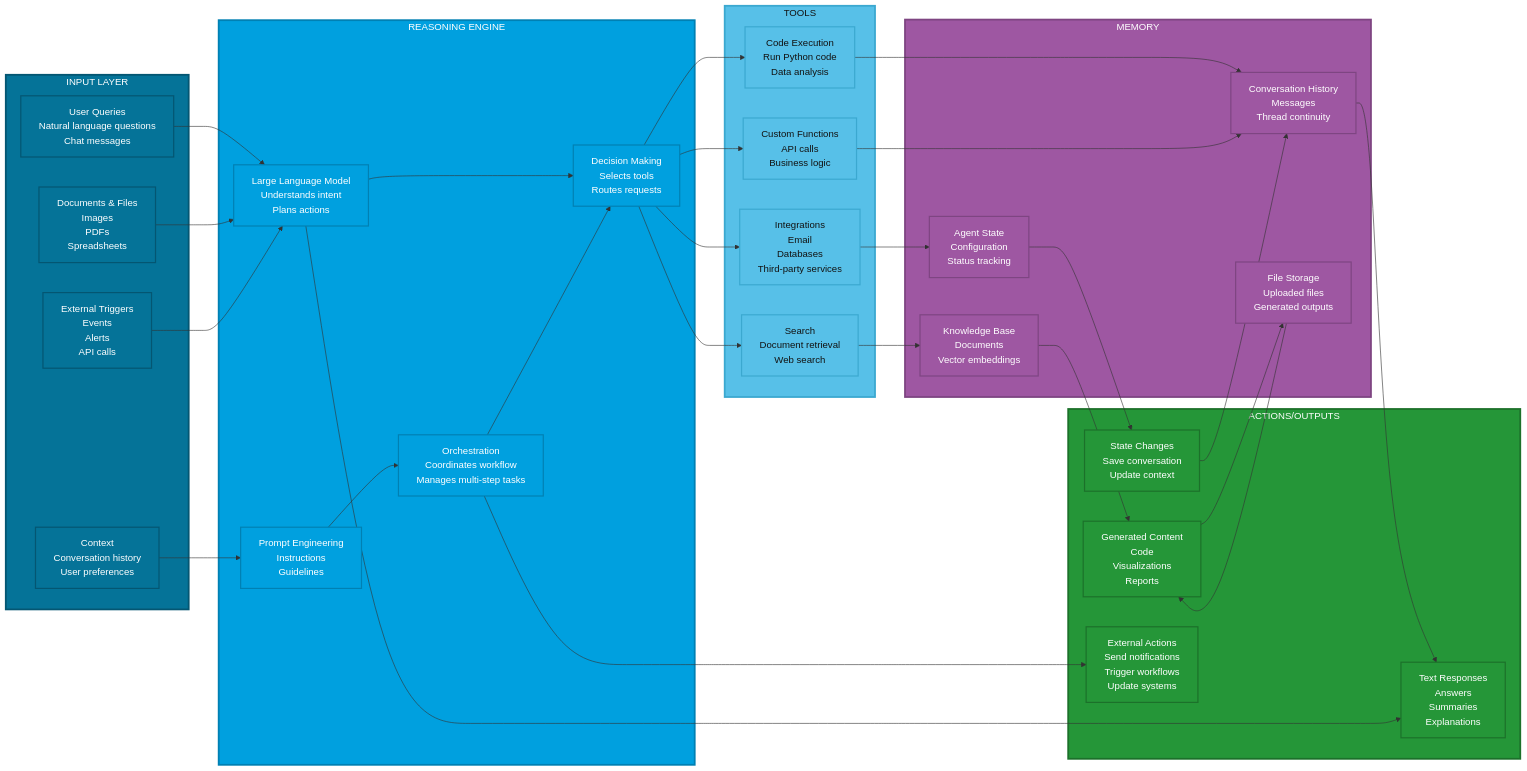
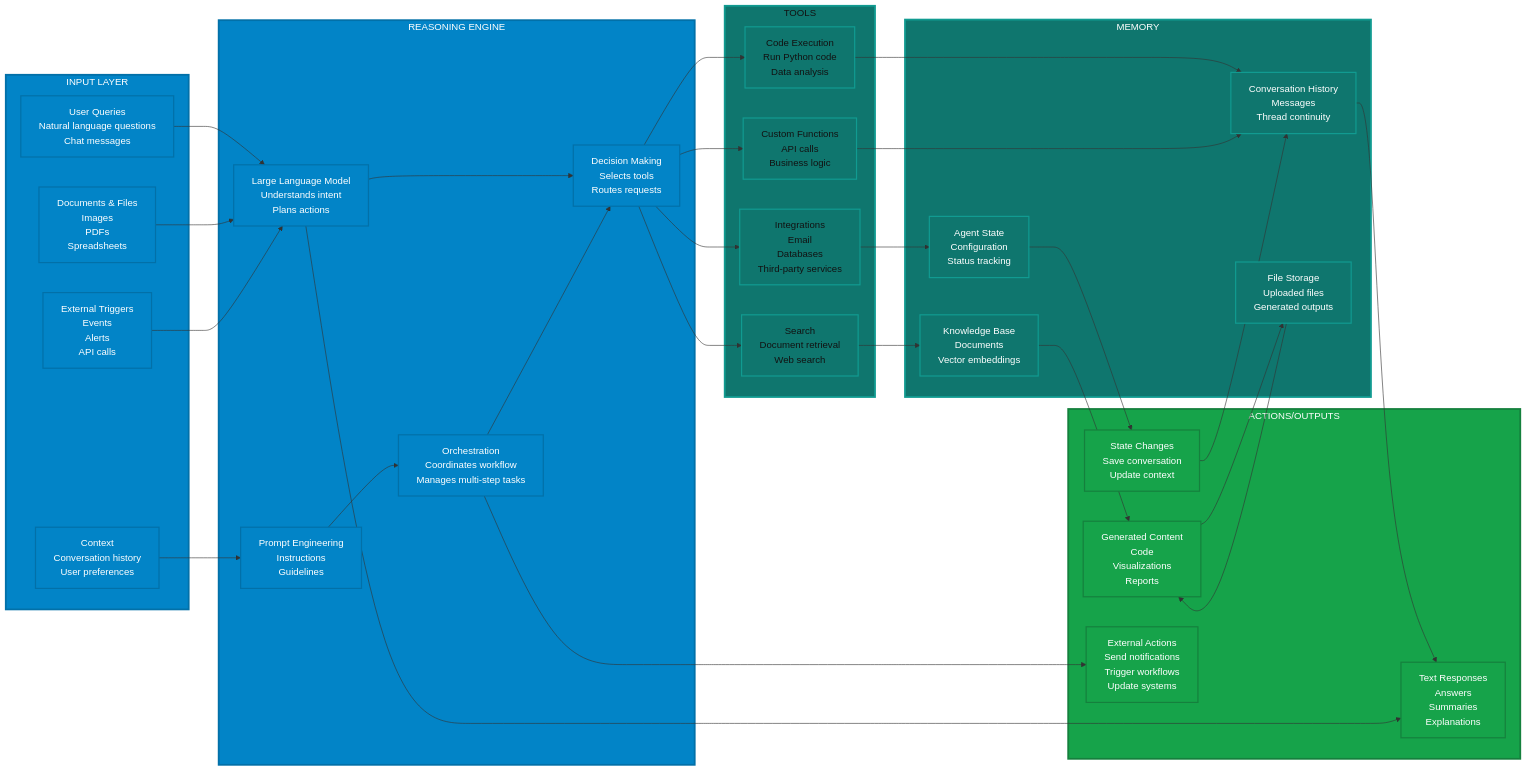
The second of 5 diagrams in docs/concepts/ai-agents.md (nitin27may/ai-resources), drawn with Mermaid before and after one commit. The commit also changed other lines of this file and 43 other files, not shown here.

````diff
--- a/docs/concepts/ai-agents.md
+++ b/docs/concepts/ai-agents.md
@@ -61,7 +61,7 @@
 ```mermaid
 graph LR
     subgraph INPUT["INPUT LAYER"]
-        style INPUT fill:#057398,stroke:#045672,stroke-width:3px,color:#fff
+        style INPUT fill:#0284c7,stroke:#0270a8,stroke-width:3px,color:#fff
         I1["User Queries<br/>Natural language questions<br/>Chat messages"]
         I2["Documents & Files<br/>Images<br/>PDFs<br/>Spreadsheets"]
         I3["External Triggers<br/>Events<br/>Alerts<br/>API calls"]
@@ -69,7 +69,7 @@
     end
 
     subgraph REASONING["REASONING ENGINE"]
-        style REASONING fill:#00A0DF,stroke:#0080B3,stroke-width:3px,color:#fff
+        style REASONING fill:#0284c7,stroke:#0270a8,stroke-width:3px,color:#fff
         R1["Large Language Model<br/>Understands intent<br/>Plans actions"]
         R2["Prompt Engineering<br/>Instructions<br/>Guidelines"]
         R3["Orchestration<br/>Coordinates workflow<br/>Manages multi-step tasks"]
@@ -77,7 +77,7 @@
     end
 
     subgraph TOOLS["TOOLS"]
-        style TOOLS fill:#57C0E8,stroke:#3BA8D0,stroke-width:3px,color:#121212
+        style TOOLS fill:#0f766e,stroke:#119b91,stroke-width:3px,color:#121212
         T1["Code Execution<br/>Run Python code<br/>Data analysis"]
         T2["Search<br/>Document retrieval<br/>Web search"]
         T3["Custom Functions<br/>API calls<br/>Business logic"]
@@ -85,7 +85,7 @@
     end
 
     subgraph MEMORY["MEMORY"]
-        style MEMORY fill:#9E57A2,stroke:#7E4582,stroke-width:3px,color:#fff
+        style MEMORY fill:#0f766e,stroke:#119b91,stroke-width:3px,color:#fff
         M1["Conversation History<br/>Messages<br/>Thread continuity"]
         M2["Agent State<br/>Configuration<br/>Status tracking"]
         M3["Knowledge Base<br/>Documents<br/>Vector embeddings"]
@@ -93,7 +93,7 @@
     end
 
     subgraph ACTIONS["ACTIONS/OUTPUTS"]
-        style ACTIONS fill:#259638,stroke:#1C712A,stroke-width:3px,color:#fff
+        style ACTIONS fill:#16a34a,stroke:#15803d,stroke-width:3px,color:#fff
         A1["Text Responses<br/>Answers<br/>Summaries<br/>Explanations"]
         A2["Generated Content<br/>Code<br/>Visualizations<br/>Reports"]
         A3["State Changes<br/>Save conversation<br/>Update context"]
@@ -132,11 +132,11 @@
     A2 --> M4
 
     %% Styling
-    classDef inputStyle fill:#057398,stroke:#045672,stroke-width:2px,color:#fff
-    classDef reasoningStyle fill:#00A0DF,stroke:#0080B3,stroke-width:2px,color:#fff
-    classDef toolStyle fill:#57C0E8,stroke:#3BA8D0,stroke-width:2px,color:#121212
-    classDef memoryStyle fill:#9E57A2,stroke:#7E4582,stroke-width:2px,color:#fff
-    classDef actionStyle fill:#259638,stroke:#1C712A,stroke-width:2px,color:#fff
+    classDef inputStyle fill:#0284c7,stroke:#0270a8,stroke-width:2px,color:#fff
+    classDef reasoningStyle fill:#0284c7,stroke:#0270a8,stroke-width:2px,color:#fff
+    classDef toolStyle fill:#0f766e,stroke:#119b91,stroke-width:2px,color:#121212
+    classDef memoryStyle fill:#0f766e,stroke:#119b91,stroke-width:2px,color:#fff
+    classDef actionStyle fill:#16a34a,stroke:#15803d,stroke-width:2px,color:#fff
 
     class I1,I2,I3,I4 inputStyle
     class R1,R2,R3,R4 reasoningStyle
````
